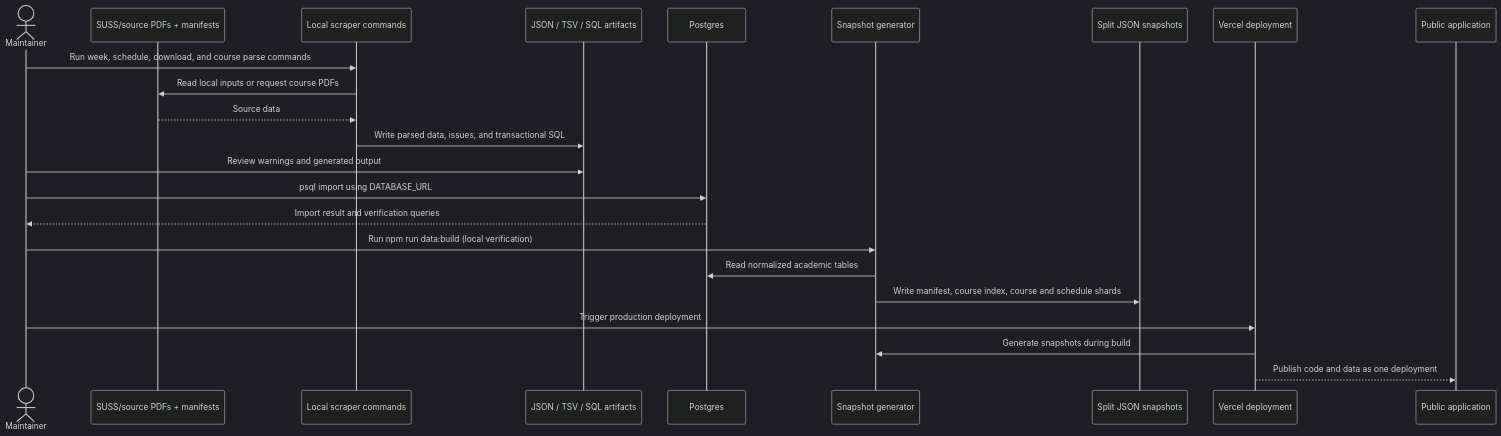
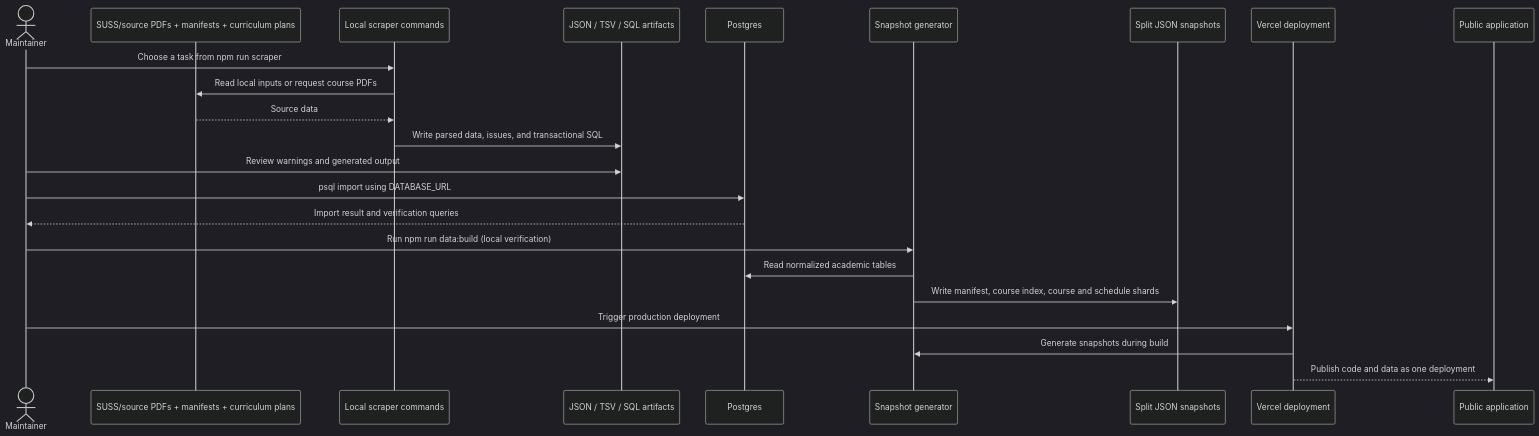
Diagram 18 of 18 in docs/DeveloperGuide.md (lester-td/SUSSplanner), drawn with Mermaid (dark theme) before and after one commit. The commit also changed other lines of this file and 20 other files, not shown here.

````diff
--- a/docs/DeveloperGuide.md
+++ b/docs/DeveloperGuide.md
@@ -1396,26 +1406,26 @@
 ```mermaid
 sequenceDiagram
     actor Maintainer
-    participant Source as SUSS/source PDFs + manifests
+    participant Source as SUSS/source PDFs + manifests + curriculum plans
     participant Scraper as Local scraper commands
     participant Artifacts as JSON / TSV / SQL artifacts
     participant DB as Postgres
     participant Build as Snapshot generator
     participant Snapshot as Split JSON snapshots
     participant Deploy as Vercel deployment
     participant App as Public application
 
-    Maintainer->>Scraper: Run week, schedule, download, and course parse commands
+    Maintainer->>Scraper: Choose a task from npm run scraper
     Scraper->>Source: Read local inputs or request course PDFs
     Source-->>Scraper: Source data
     Scraper->>Artifacts: Write parsed data, issues, and transactional SQL
     Maintainer->>Artifacts: Review warnings and generated output
     Maintainer->>DB: psql import using DATABASE_URL
     DB-->>Maintainer: Import result and verification queries
     Maintainer->>Build: Run npm run data:build (local verification)
     Build->>DB: Read normalized academic tables
     Build->>Snapshot: Write manifest, course index, course and schedule shards
     Maintainer->>Deploy: Trigger production deployment
     Deploy->>Build: Generate snapshots during build
     Deploy-->>App: Publish code and data as one deployment
 ```
````
